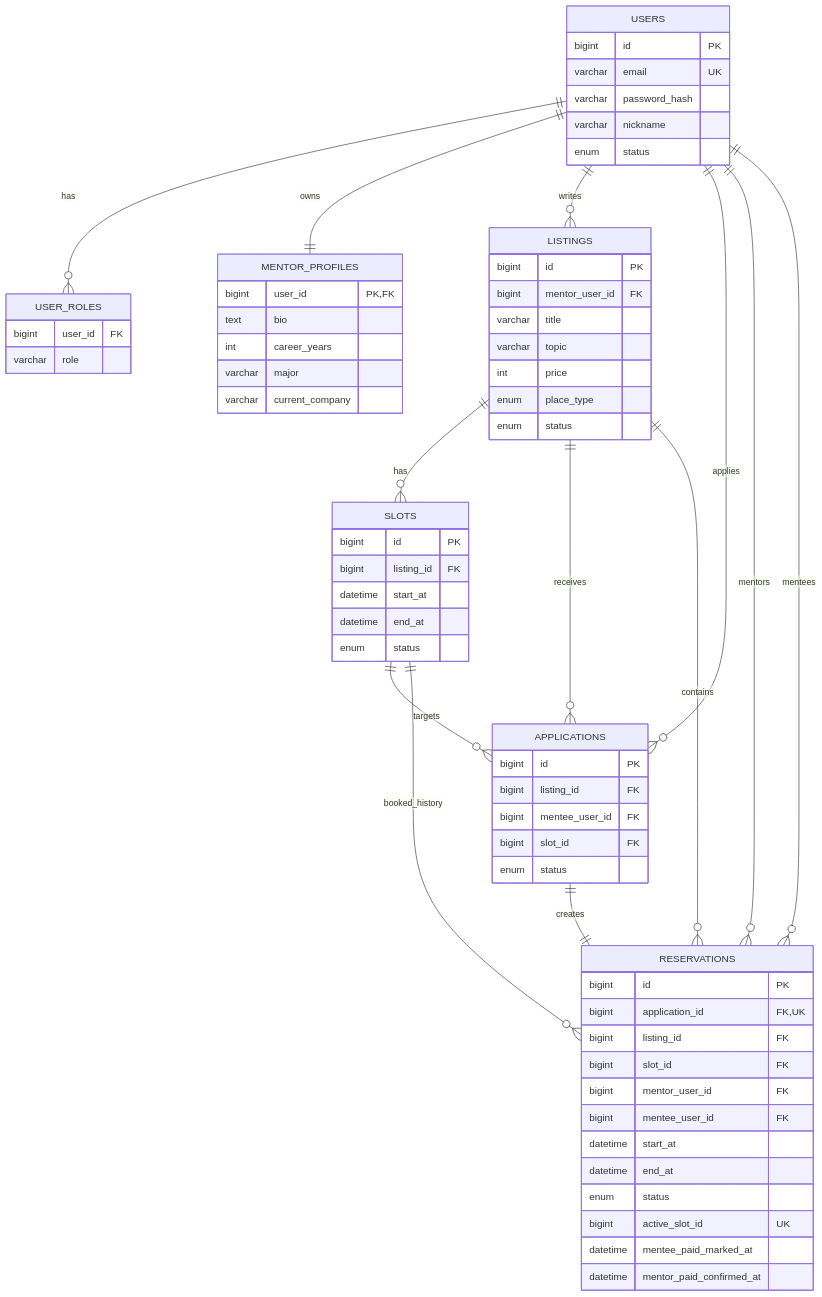
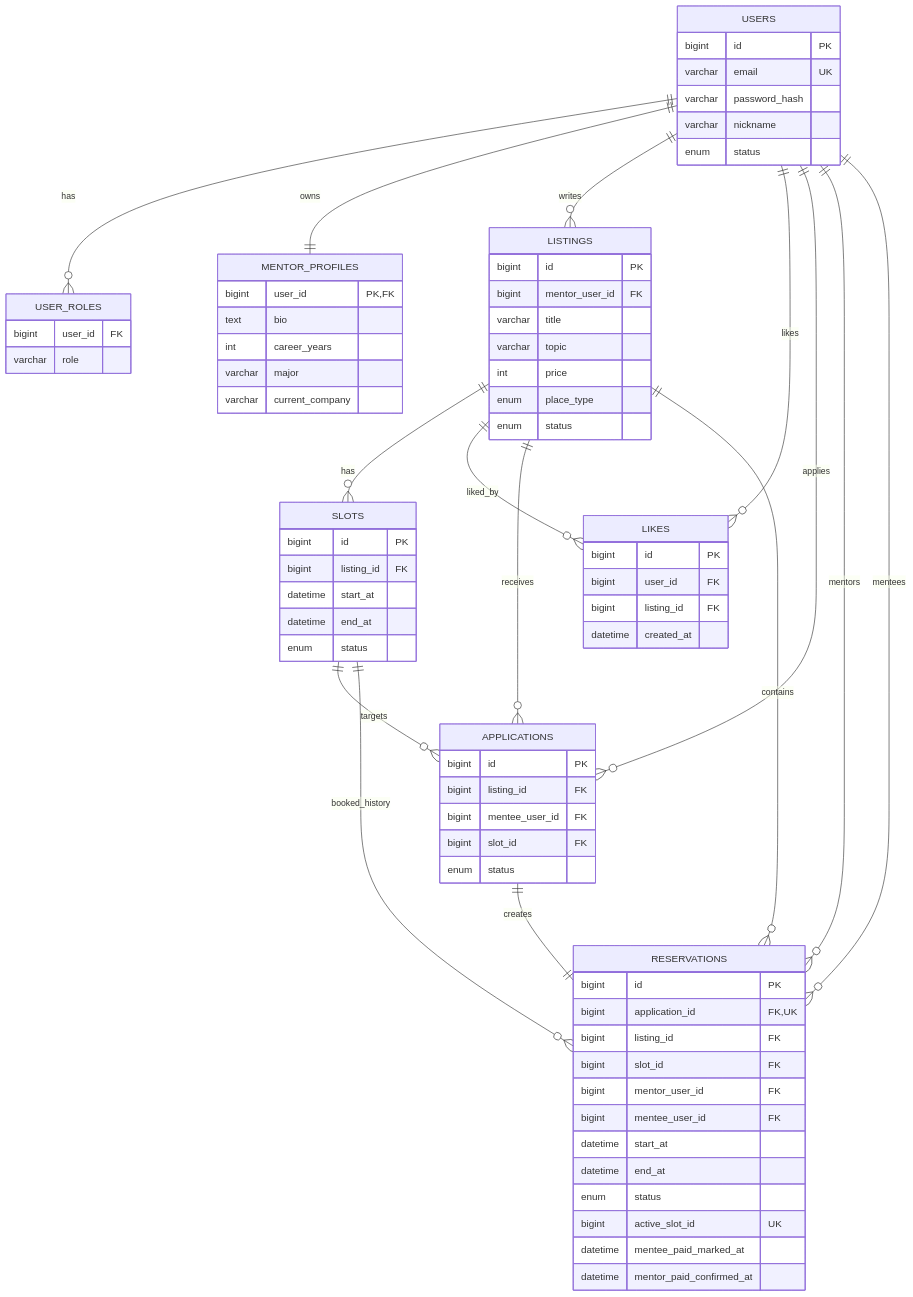
One commit to jkim1202/mentoring changed the diagram in README.md. Above: the diagram before and after it, drawn with Mermaid. The commit also changed other lines of this file and 1 other file, not shown here.

Commit message:
docs(like): document like api

```diff
--- a/README.md
+++ b/README.md
@@ -157,11 +164,13 @@
     USERS ||--o{ USER_ROLES : has
     USERS ||--|| MENTOR_PROFILES : owns
     USERS ||--o{ LISTINGS : writes
+    USERS ||--o{ LIKES : likes
     USERS ||--o{ APPLICATIONS : applies
     USERS ||--o{ RESERVATIONS : mentors
     USERS ||--o{ RESERVATIONS : mentees
 
     LISTINGS ||--o{ SLOTS : has
+    LISTINGS ||--o{ LIKES : liked_by
     LISTINGS ||--o{ APPLICATIONS : receives
     LISTINGS ||--o{ RESERVATIONS : contains
 
@@ -217,6 +226,13 @@
         enum status
     }
 
+    LIKES {
+        bigint id PK
+        bigint user_id FK
+        bigint listing_id FK
+        datetime created_at
+    }
+
     RESERVATIONS {
         bigint id PK
         bigint application_id FK, UK
```
